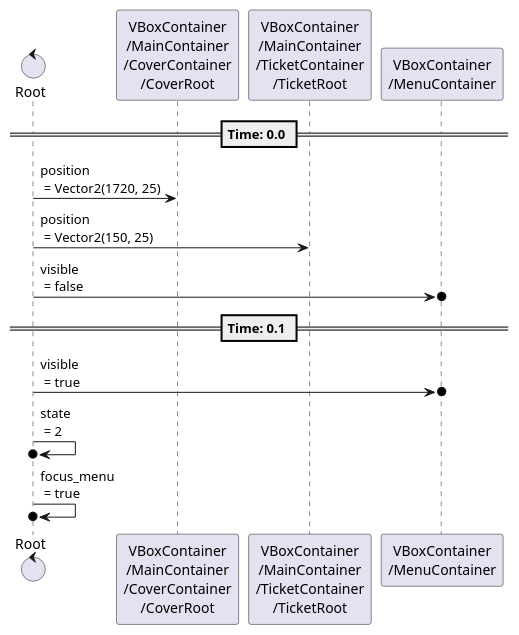
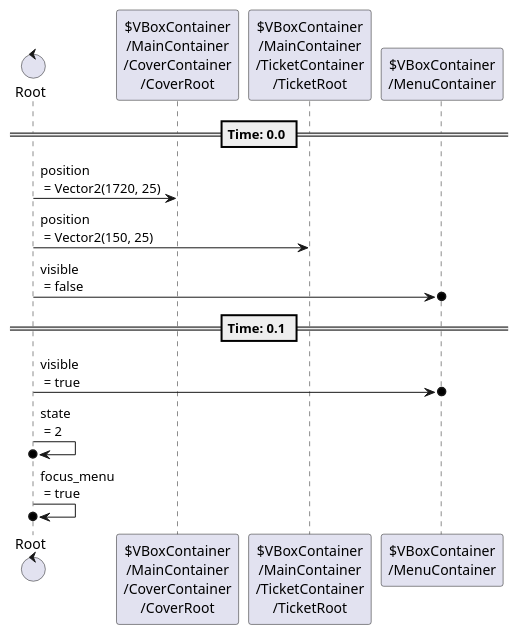
The fifth of 7 diagrams in content/scenes/src/account/account.tscn.adoc (tkmfujise/Platformer-Game-Learning), drawn with PlantUML before and after one commit. The commit also changed other lines of this file and 31 other files, not shown here.

Commit message:
Add prefix $ to node name in animation sequences

```diff
--- a/content/scenes/src/account/account.tscn.adoc
+++ b/content/scenes/src/account/account.tscn.adoc
@@ -486,20 +486,20 @@
 [plantuml]
 ....
-control "Root" as Root
-participant "VBoxContainer\n/MainContainer\n/CoverContainer\n/CoverRoot" as T0
-participant "VBoxContainer\n/MainContainer\n/TicketContainer\n/TicketRoot" as T1
-participant "VBoxContainer\n/MenuContainer" as T2
+control "Root" as R
+participant "$VBoxContainer\n/MainContainer\n/CoverContainer\n/CoverRoot" as T0
+participant "$VBoxContainer\n/MainContainer\n/TicketContainer\n/TicketRoot" as T1
+participant "$VBoxContainer\n/MenuContainer" as T2
 
 
 
 == Time: 0.0 ==
-Root  ->  T0 : position\n = Vector2(1720, 25)
-Root  ->  T1 : position\n = Vector2(150, 25)
-Root  ->o  T2 : visible\n = false
+R  ->  T0 : position\n = Vector2(1720, 25)
+R  ->  T1 : position\n = Vector2(150, 25)
+R  ->o  T2 : visible\n = false
 == Time: 0.1 ==
-Root  ->o  T2 : visible\n = true
-Root  ->o  Root : state\n = 2
-Root  ->o  Root : focus_menu\n = true
+R  ->o  T2 : visible\n = true
+R  ->o  R : state\n = 2
+R  ->o  R : focus_menu\n = true
 
 
 ....
```
